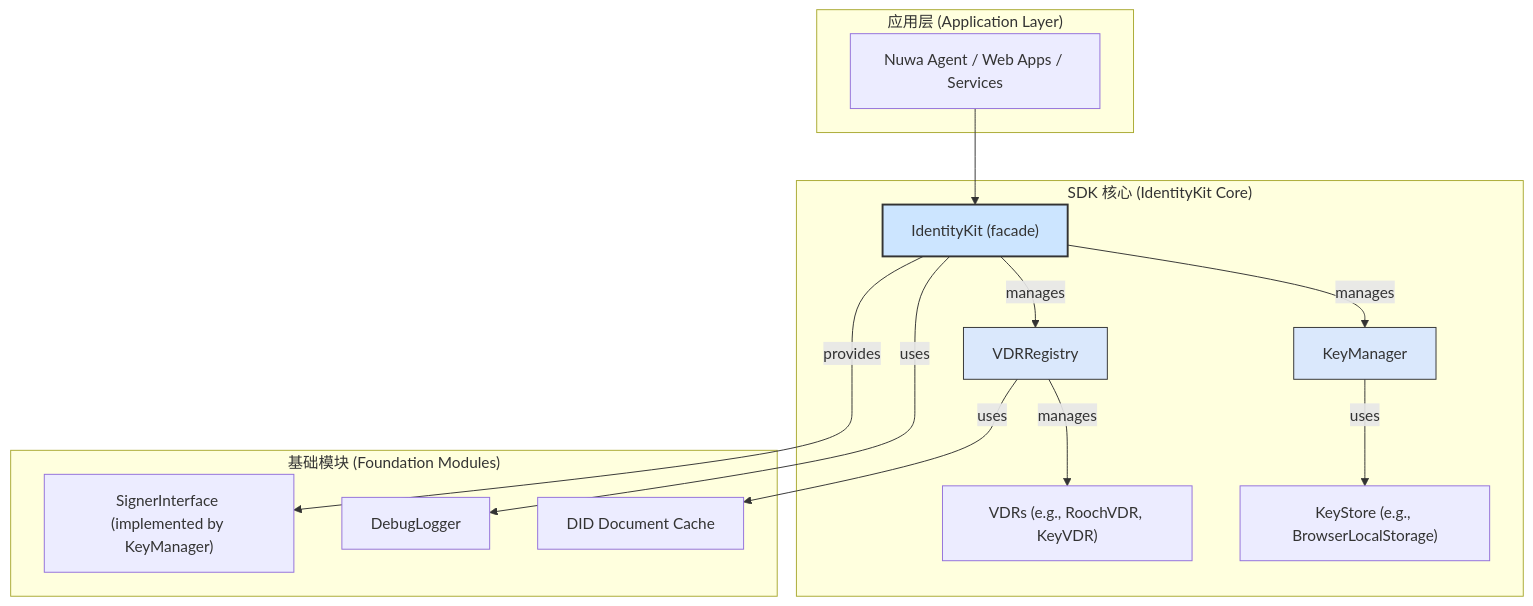
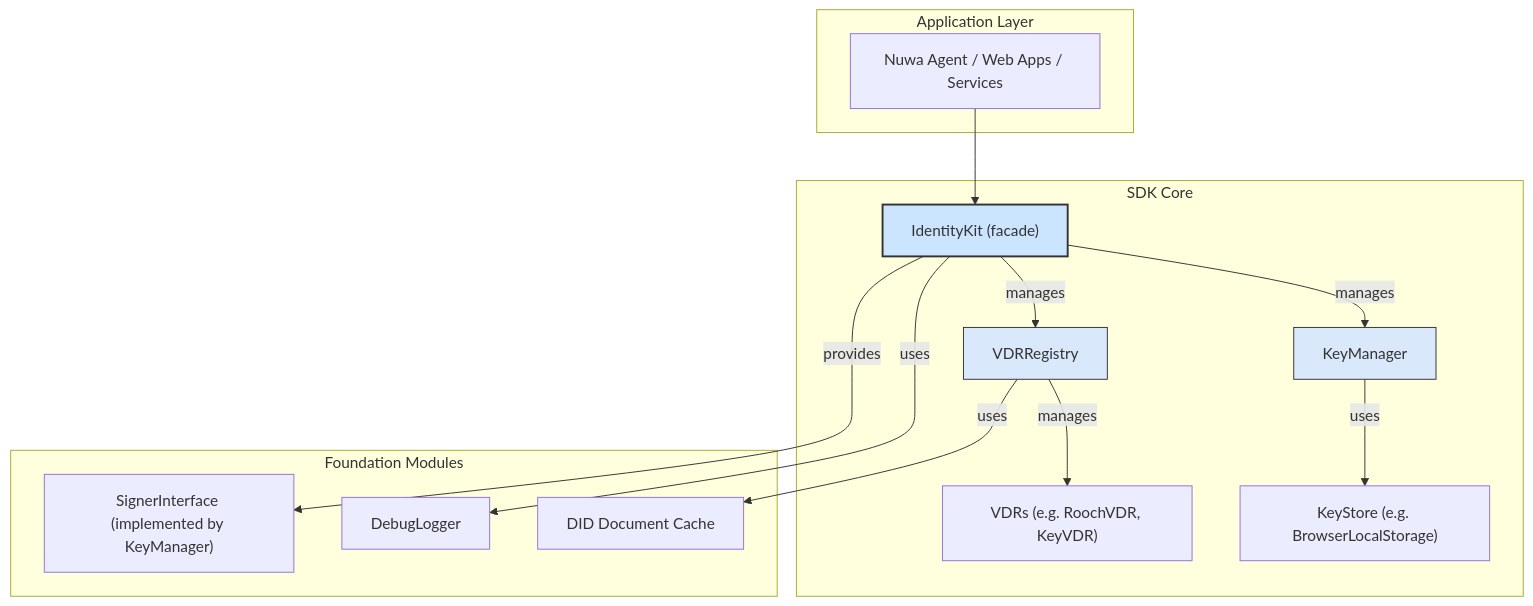
One commit to nuwa-protocol/nuwa changed the diagram in nuwa-kit/typescript/packages/identity-kit/docs/design-and-development.md. Above: the diagram before and after it, drawn with Mermaid. The commit also changed other lines of this file and 7 other files, not shown here.

````diff
--- a/nuwa-kit/typescript/packages/identity-kit/docs/design-and-development.md
+++ b/nuwa-kit/typescript/packages/identity-kit/docs/design-and-development.md
@@ -24,30 +24,30 @@
 ```mermaid
 graph TD
-    subgraph "应用层 (Application Layer)"
+    subgraph "Application Layer"
         A["Nuwa Agent / Web Apps / Services"]
     end
 
-    subgraph "SDK 核心 (IdentityKit Core)"
+    subgraph "SDK Core"
         IK["IdentityKit (facade)"]
         IK -- "manages" --> KM & VDRR
         KM[KeyManager] -- "uses" --> KS
         VDRR["VDRRegistry"] -- "manages" --> VDRs
     end
 
-    subgraph "基础模块 (Foundation Modules)"
-        KS["KeyStore (e.g., BrowserLocalStorage)"]
-        VDRs["VDRs (e.g., RoochVDR, KeyVDR)"]
+    subgraph "Foundation Modules"
+        KS["KeyStore (e.g. BrowserLocalStorage)"]
+        VDRs["VDRs (e.g. RoochVDR, KeyVDR)"]
         Signer["SignerInterface (implemented by KeyManager)"]
         Cache["DID Document Cache"]
         Logger["DebugLogger"]
     end
 
     A --> IK
     VDRR -- "uses" --> Cache
     IK -- "uses" --> Logger
     IK -- "provides" --> Signer
 
     style IK fill:#cce5ff,stroke:#333,stroke-width:2px
     style KM fill:#dae8fc,stroke:#333
     style VDRR fill:#dae8fc,stroke:#333
 ```
````
